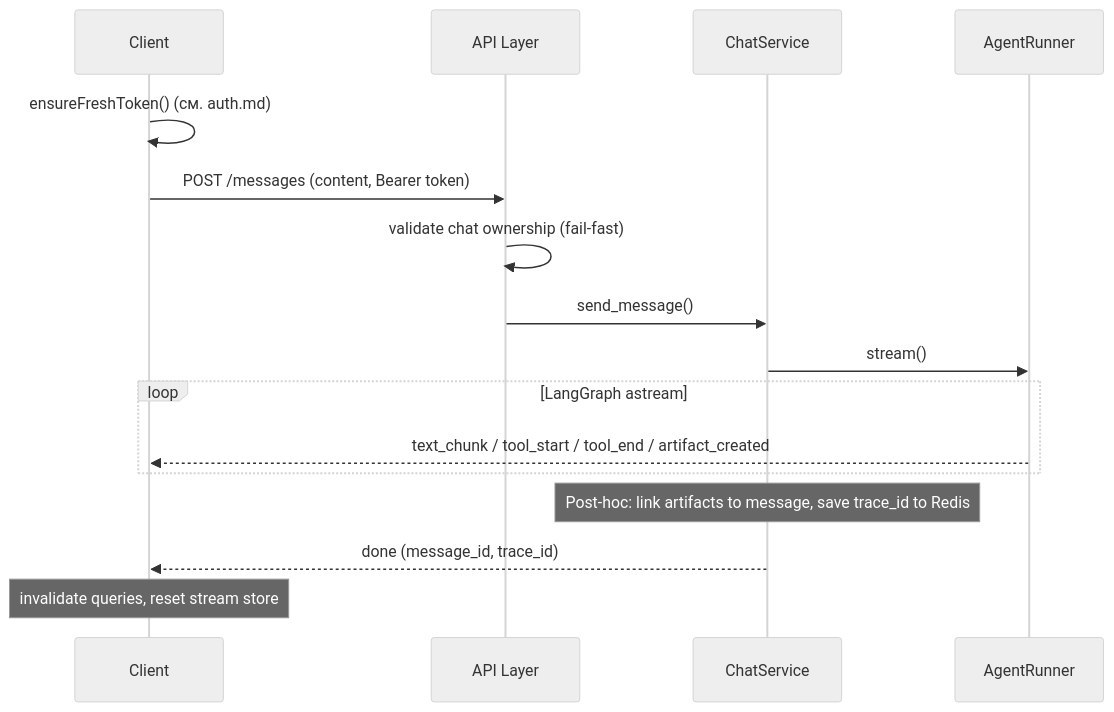
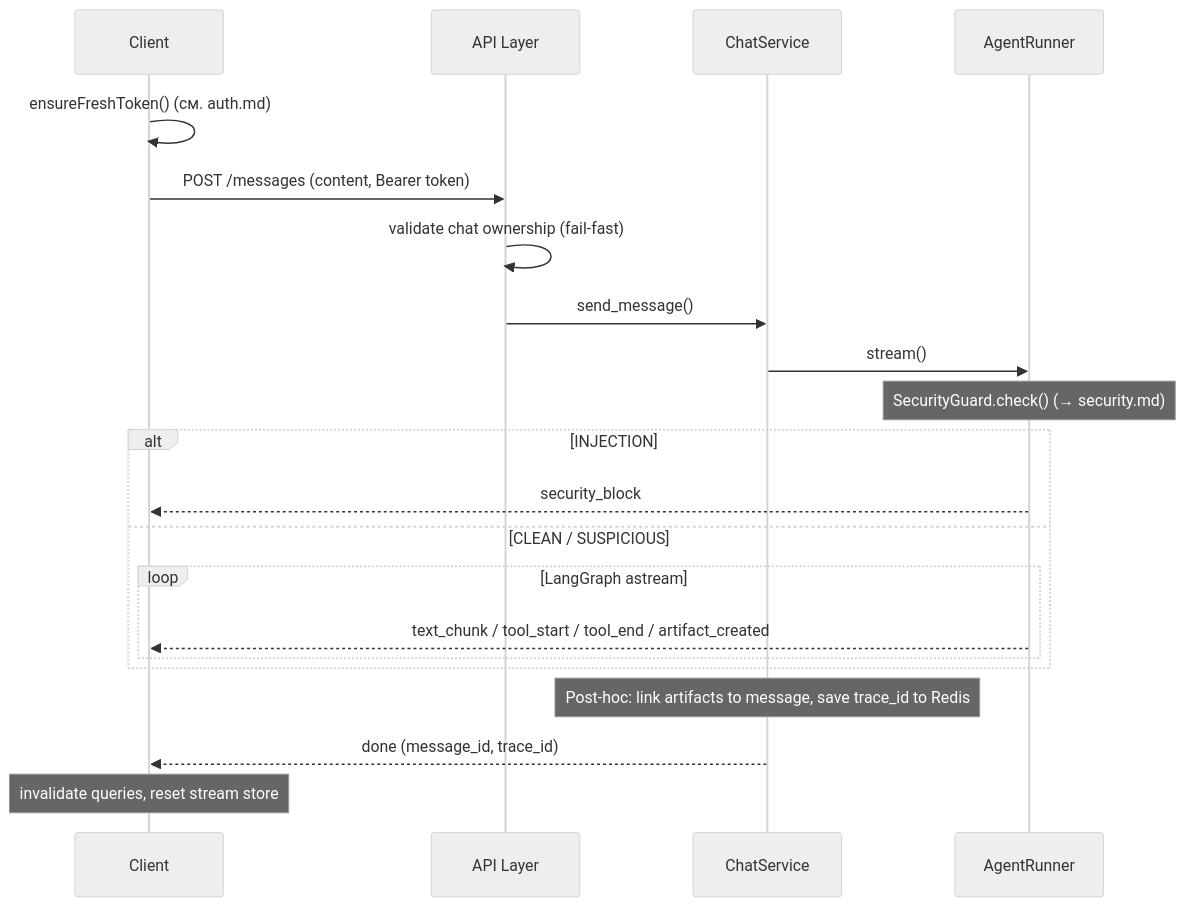
The first of 2 diagrams in doc/tech/streaming.md (Bbar0n234/learnflow-ai), drawn with Mermaid (neutral theme) before and after one commit. The commit also changed other lines of this file and 10 other files, not shown here.

````diff
--- a/doc/tech/streaming.md
+++ b/doc/tech/streaming.md
@@ -35,22 +38,27 @@
 ```mermaid
 sequenceDiagram
     participant C as Client
     participant API as API Layer
     participant SVC as ChatService
     participant AGT as AgentRunner
 
     C->>C: ensureFreshToken() (см. auth.md)
     C->>API: POST /messages (content, Bearer token)
     API->>API: validate chat ownership (fail-fast)
     API->>SVC: send_message()
     SVC->>AGT: stream()
 
-    loop LangGraph astream
-        AGT-->>C: text_chunk / tool_start / tool_end / artifact_created
+    Note over AGT: SecurityGuard.check() (→ security.md)
+    alt INJECTION
+        AGT-->>C: security_block
+    else CLEAN / SUSPICIOUS
+        loop LangGraph astream
+            AGT-->>C: text_chunk / tool_start / tool_end / artifact_created
+        end
     end
 
     Note over SVC: Post-hoc: link artifacts to message, save trace_id to Redis
     SVC-->>C: done (message_id, trace_id)
 
     Note over C: invalidate queries, reset stream store
 ```
````
